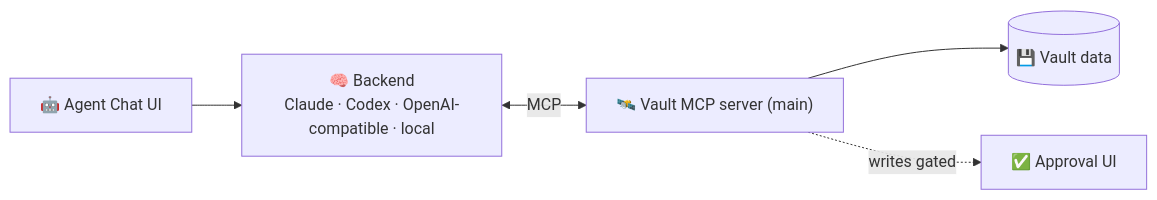
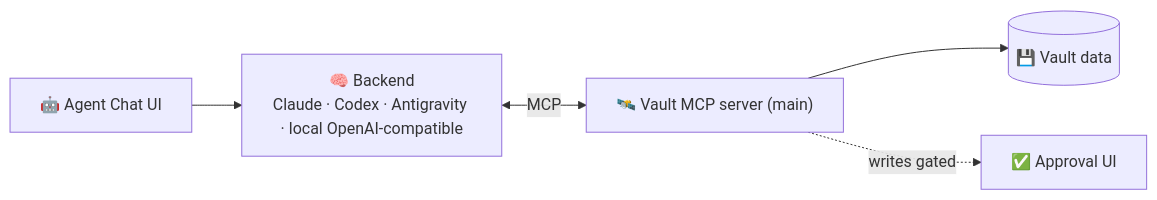
One commit to memrynote/memry changed the sixth of 6 diagrams in docs/ARCHITECTURE.md. Above: the diagram before and after it, drawn with Mermaid. The commit also changed other lines of this file and 7 other files, not shown here.

First line of the commit message:
docs(docs,sync-server): bring the architecture and contributor docs up to date

````diff
--- a/docs/ARCHITECTURE.md
+++ b/docs/ARCHITECTURE.md
@@ -464,7 +505,7 @@
 ```mermaid
 flowchart LR
-  Chat["🤖 Agent Chat UI"] --> Backend["🧠 Backend<br/>Claude · Codex · OpenAI-compatible · local"]
+  Chat["🤖 Agent Chat UI"] --> Backend["🧠 Backend<br/>Claude · Codex · Antigravity · local OpenAI-compatible"]
   Backend <-->|MCP| Vault["🛰️ Vault MCP server (main)"]
   Vault --> DB[("💾 Vault data")]
   Vault -.->|writes gated| Approve["✅ Approval UI"]
 ```
````
